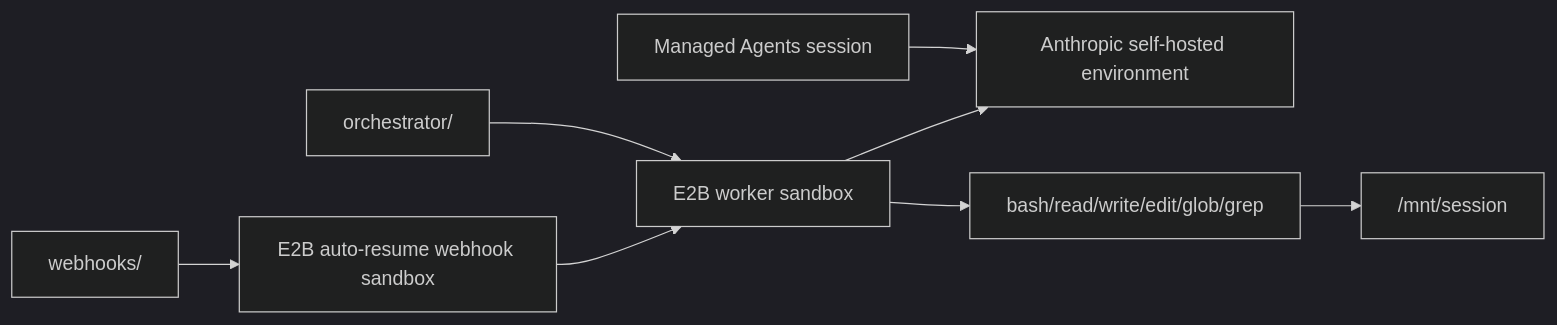
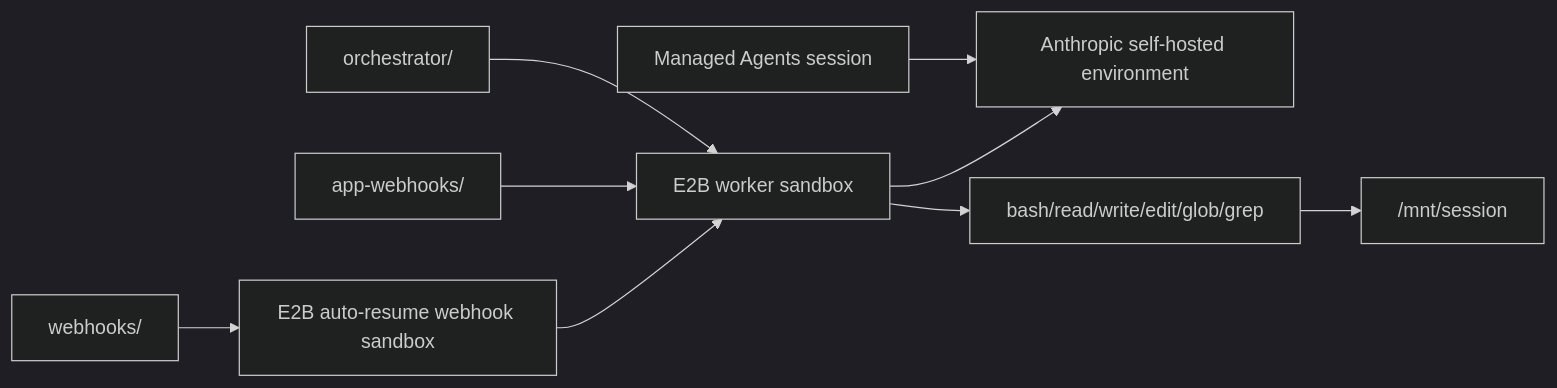
One commit to e2b-dev/e2b-cookbook changed the diagram in examples/anthropic-managed-agents/javascript/README.md. Above: the diagram before and after it, drawn with Mermaid (dark theme). The commit also changed other lines of this file and 19 other files, not shown here.

Commit message:
Add app-owned managed agents webhooks

````diff
--- a/examples/anthropic-managed-agents/javascript/README.md
+++ b/examples/anthropic-managed-agents/javascript/README.md
@@ -16,10 +17,11 @@
 ```mermaid
 flowchart LR
     session["Managed Agents session"] --> env["Anthropic self-hosted environment"]
     orchestrator["orchestrator/"] --> worker["E2B worker sandbox"]
+    appwebhooks["app-webhooks/"] --> worker
     webhooks["webhooks/"] --> receiver["E2B auto-resume webhook sandbox"]
     receiver --> worker
     worker --> env
     worker --> tools["bash/read/write/edit/glob/grep"]
     tools --> workdir["/mnt/session"]
 ```
````
